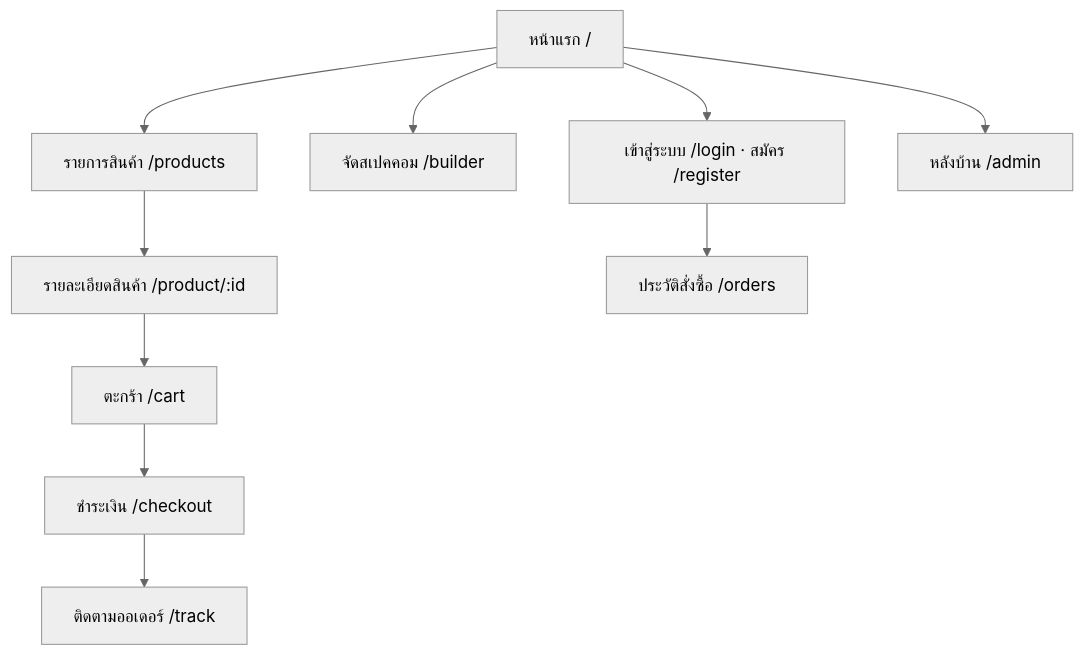
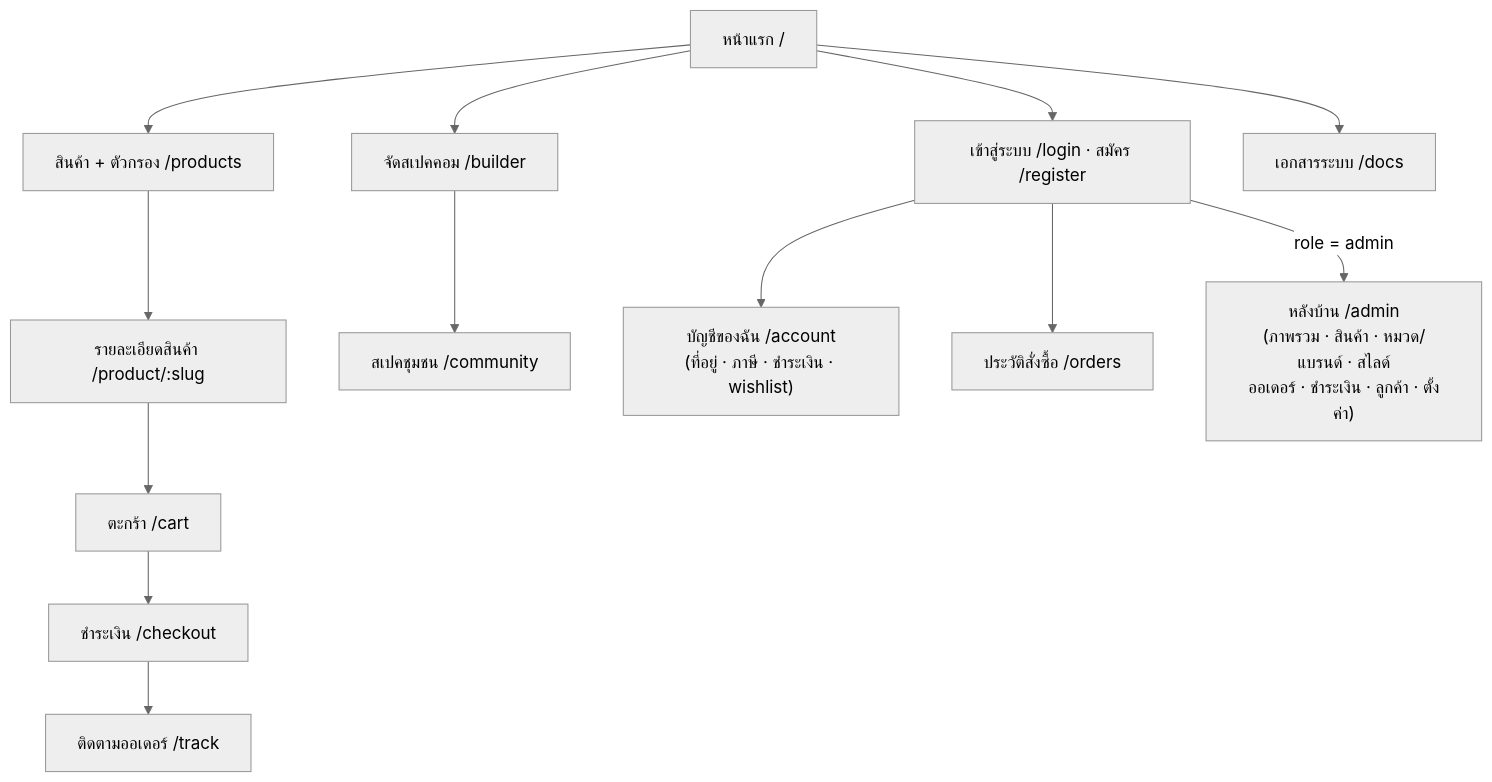
One commit to Nol2way/bm-computer changed the sixth of 8 diagrams in docs/analysis-design.md. Above: the diagram before and after it, drawn with Mermaid (neutral theme). The commit also changed other lines of this file and 7 other files, not shown here.

````diff
--- a/docs/analysis-design.md
+++ b/docs/analysis-design.md
@@ -144,12 +350,13 @@
 ```mermaid
 graph TD
-    H[หน้าแรก /] --> PL[รายการสินค้า /products]
-    H --> B[จัดสเปคคอม /builder]
-    PL --> PD[รายละเอียดสินค้า /product/:id]
-    PD --> CART[ตะกร้า /cart]
-    CART --> CO[ชำระเงิน /checkout]
-    CO --> TR[ติดตามออเดอร์ /track]
-    H --> AUTH[เข้าสู่ระบบ /login · สมัคร /register]
-    AUTH --> OH[ประวัติสั่งซื้อ /orders]
-    H --> ADM[หลังบ้าน /admin]
+    H["หน้าแรก /"] --> PL["สินค้า + ตัวกรอง /products"]
+    PL --> PD["รายละเอียดสินค้า /product/:slug"]
+    PD --> CART["ตะกร้า /cart"] --> CO["ชำระเงิน /checkout"]
+    CO --> TR["ติดตามออเดอร์ /track"]
+    H --> B["จัดสเปคคอม /builder"] --> CM["สเปคชุมชน /community"]
+    H --> AUTH["เข้าสู่ระบบ /login · สมัคร /register"]
+    AUTH --> ACC["บัญชีของฉัน /account<br/>(ที่อยู่ · ภาษี · ชำระเงิน · wishlist)"]
+    AUTH --> OH["ประวัติสั่งซื้อ /orders"]
+    H --> DOCS["เอกสารระบบ /docs"]
+    AUTH -->|role = admin| ADM["หลังบ้าน /admin<br/>(ภาพรวม · สินค้า · หมวด/แบรนด์ · สไลด์<br/>ออเดอร์ · ชำระเงิน · ลูกค้า · ตั้งค่า)"]
 ```
````
